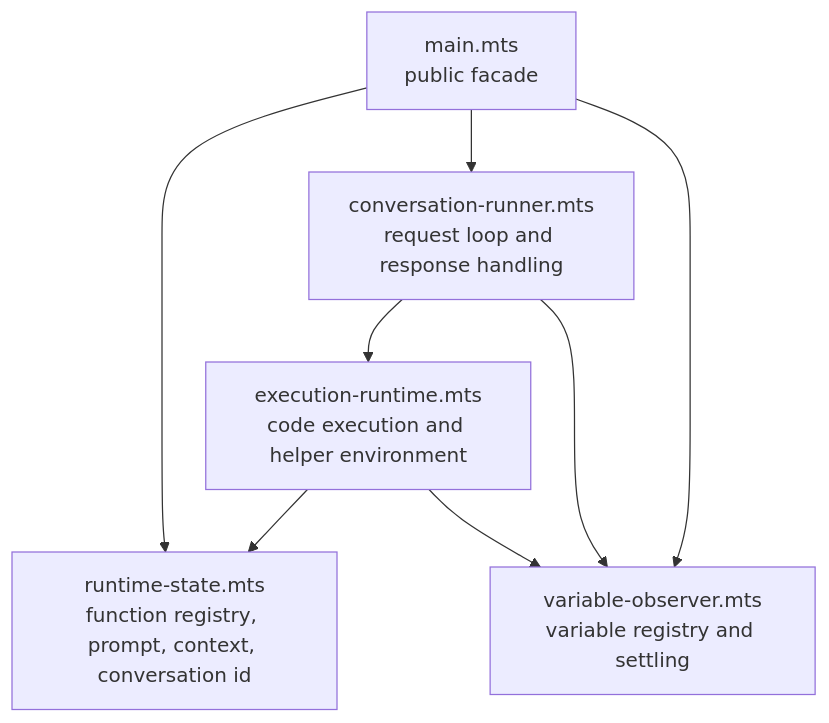
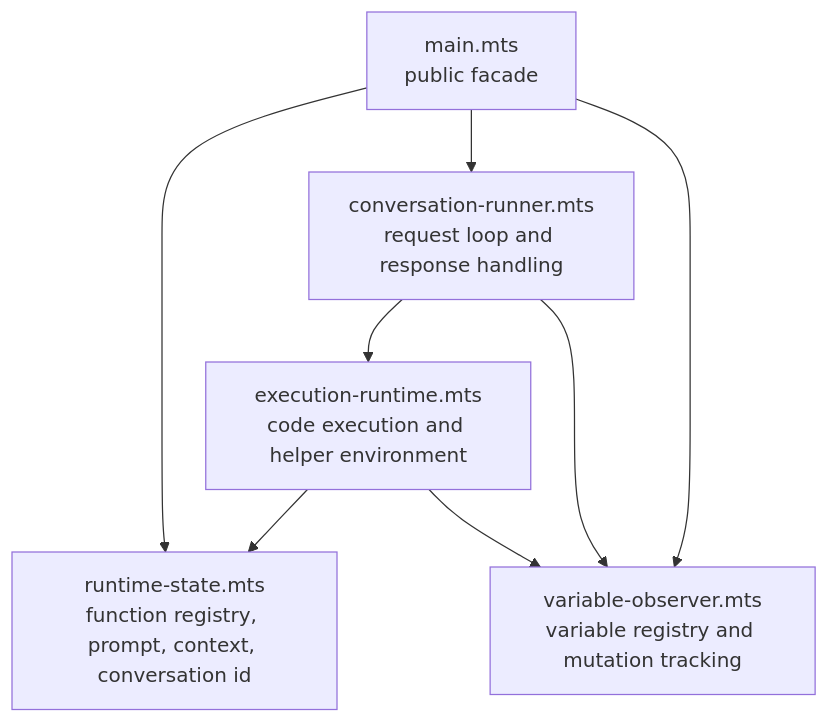
The second of 2 diagrams in apps/client/README.md (page-use-people/page-use), drawn with Mermaid before and after one commit. The commit also changed other lines of this file and 5 other files, not shown here.

````diff
--- a/apps/client/README.md
+++ b/apps/client/README.md
@@ -141,10 +146,10 @@
 ```mermaid
 flowchart TD
     Main["main.mts\npublic facade"] --> State["runtime-state.mts\nfunction registry, prompt, context, conversation id"]
     Main --> Runner["conversation-runner.mts\nrequest loop and response handling"]
-    Main --> Vars["variable-observer.mts\nvariable registry and settling"]
+    Main --> Vars["variable-observer.mts\nvariable registry and mutation tracking"]
     Runner --> Exec["execution-runtime.mts\ncode execution and helper environment"]
     Runner --> Vars
     Exec --> State
     Exec --> Vars
 ```
````
